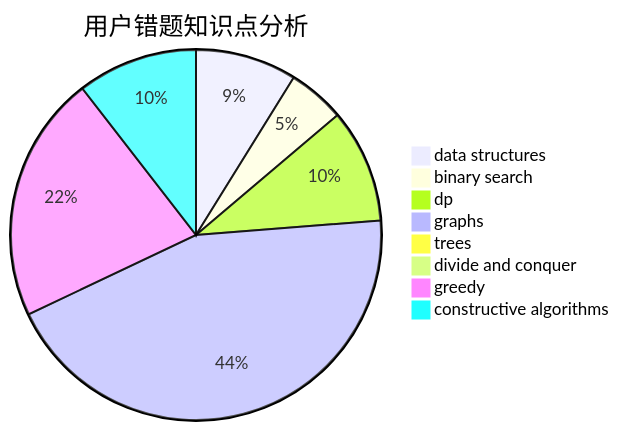
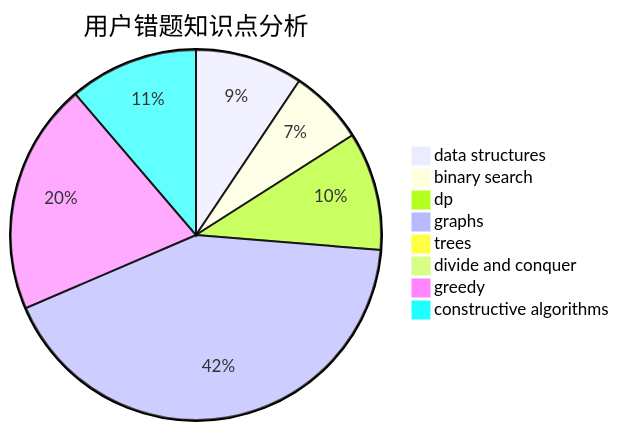
The third of 3 diagrams in docs/user/u664.md (sherpahu/cfrs.github.io), drawn with Mermaid before and after one commit. The commit also changed other lines of this file and 2770 other files, not shown here.

````diff
--- a/docs/user/u664.md
+++ b/docs/user/u664.md
@@ -36,11 +36,11 @@
 ```mermaid
 pie title 用户错题知识点分析
-    "data structures" :  16
-    "binary search" :  9
-    "dp" :  18
-    "graphs" :  80
+    "data structures" :  20
+    "binary search" :  14
+    "dp" :  22
+    "graphs" :  90
     "trees" :  0
     "divide and conquer" :  0
-    "greedy" :  39
-    "constructive algorithms" :  19
+    "greedy" :  43
+    "constructive algorithms" :  24
 ```
````
